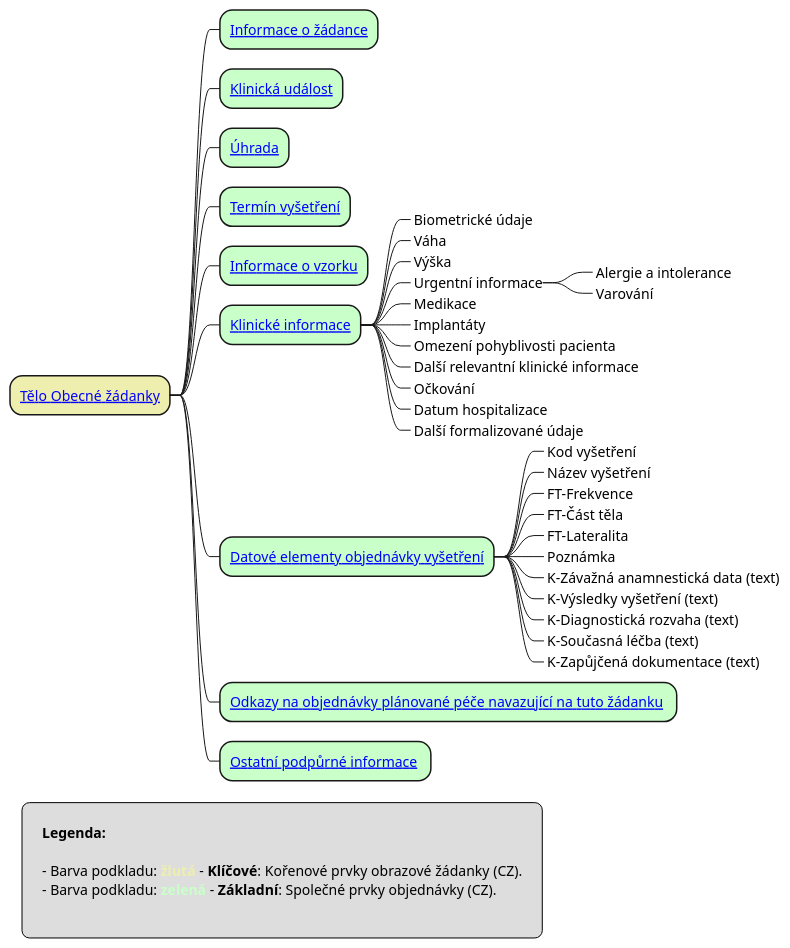
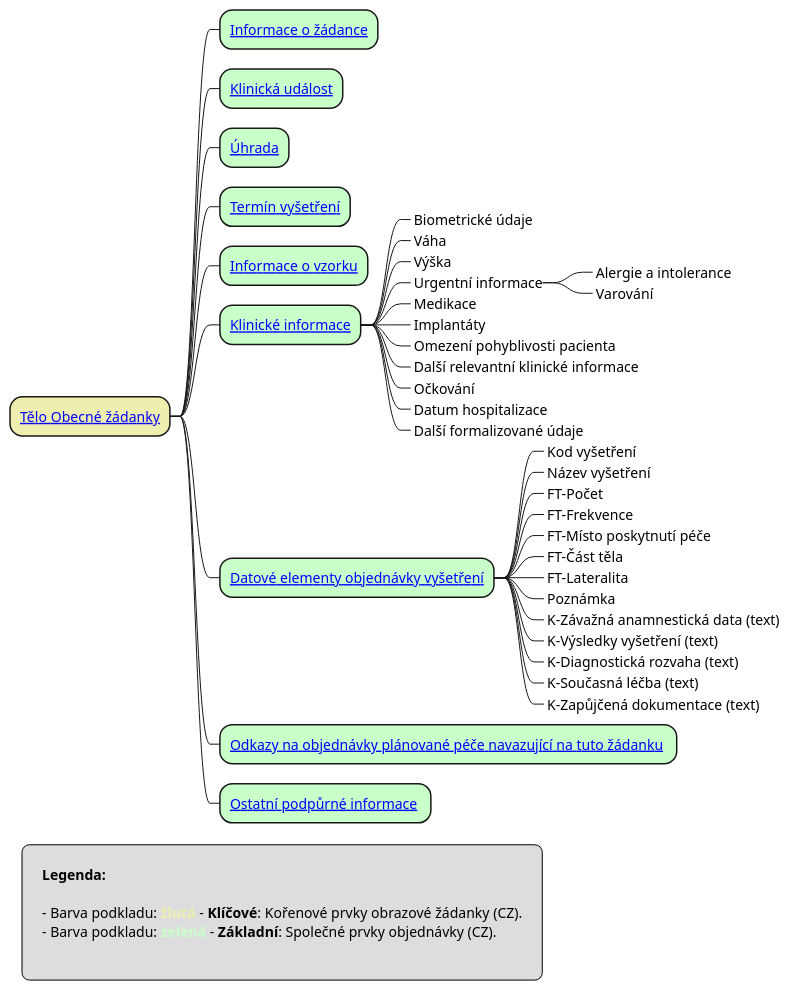
Before and after one commit to HL7-cz/k-order: the diagram in input/images-source/orderBodyDiagram.plantuml, drawn with PlantUML. The commit also changed 36 other files, not shown here.

```diff
--- a/input/images-source/orderBodyDiagram.plantuml
+++ b/input/images-source/orderBodyDiagram.plantuml
@@ -1,54 +1,56 @@
 @startmindmap
 <style>
 
 legend {
   Padding 20
 }
 
 </style>
 
 skinparam topurl StructureDefinition-
 
 legend left
 <b>Legenda:</b>
 
 - Barva podkladu: <b><color:#EEEEAE>žlutá</color></b> - <b>Klíčové</b>: Kořenové prvky obrazové žádanky (CZ).
 - Barva podkladu: <b><color:#TECHNOLOGY>zelená</color></b> - <b>Základní</b>: Společné prvky objednávky (CZ).
 
 end legend
 
 *[#EEEEAE] [[LMBodyOrder.html Tělo Obecné žádanky]]
 **[#TECHNOLOGY] [[LMOrderInformationCz.html Informace o žádance]]
 **[#TECHNOLOGY] [[LMClinicalInformationCz.html Klinická událost]]
 **[#TECHNOLOGY] [[LMCoverageBodyCz.html Úhrada]]
 **[#TECHNOLOGY] [[LMAppointmentCz.html Termín vyšetření]]
 **[#TECHNOLOGY] [[LMSpecimenInformationCz.html Informace o vzorku]]
 **[#TECHNOLOGY] [[LMClinicalInformationCz.html Klinické informace]]
 ***_ Biometrické údaje
 ***_ Váha
 ***_ Výška
 ***_ Urgentní informace
 ****_ Alergie a intolerance
 ****_ Varování
 ***_ Medikace
 ***_ Implantáty
 ***_ Omezení pohyblivosti pacienta
 ***_ Další relevantní klinické informace
 ***_ Očkování
 ***_ Datum hospitalizace
 ***_ Další formalizované údaje
 **[#TECHNOLOGY] [[LMOrderDataElementsCz.html Datové elementy objednávky vyšetření]]
 ***_ Kod vyšetření
 ***_ Název vyšetření
+***_ FT-Počet
 ***_ FT-Frekvence
+***_ FT-Místo poskytnutí péče
 ***_ FT-Část těla
 ***_ FT-Lateralita
 ***_ Poznámka
 ***_ K-Závažná anamnestická data (text)
 ***_ K-Výsledky vyšetření (text)
 ***_ K-Diagnostická rozvaha (text)
 ***_ K-Současná léčba (text)
 ***_ K-Zapůjčená dokumentace (text)  
 **[#TECHNOLOGY] [[LMPlannedCareOrdersCz.html Odkazy na objednávky plánované péče navazující na tuto žádanku ]]
 **[#TECHNOLOGY] [[LMOtherSupportingInformationCz.html Ostatní podpůrné informace ]]
 @endmindmap
```
